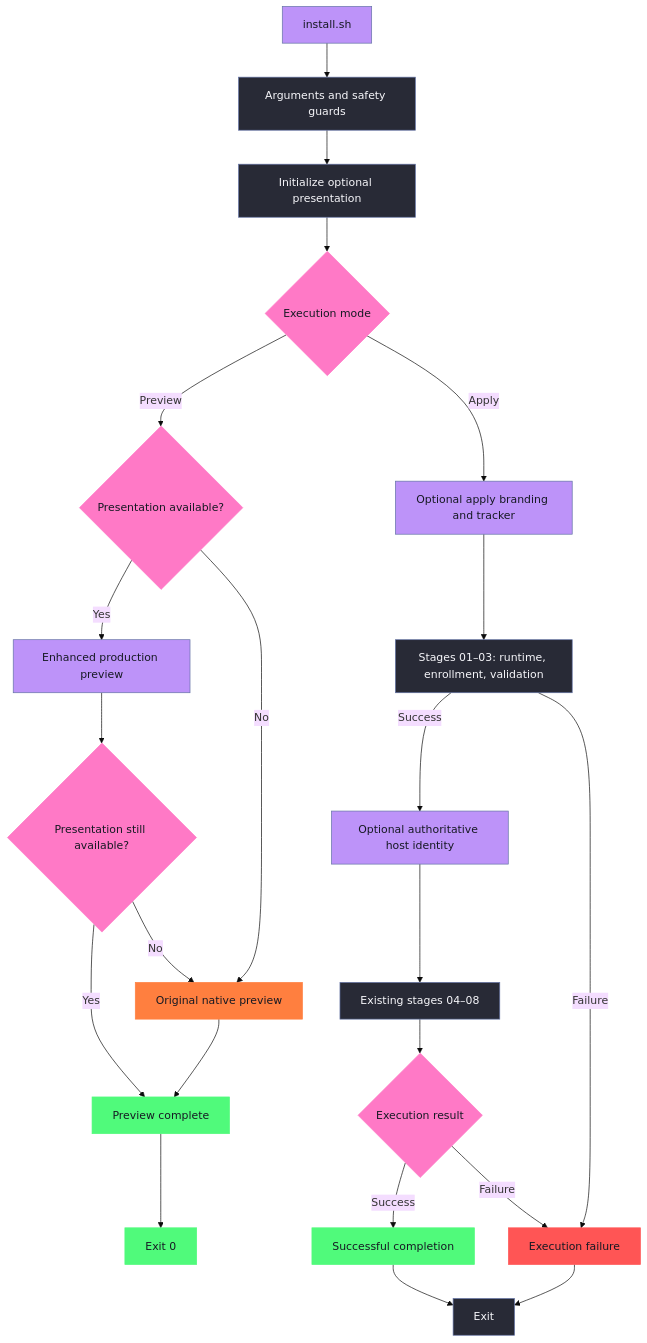
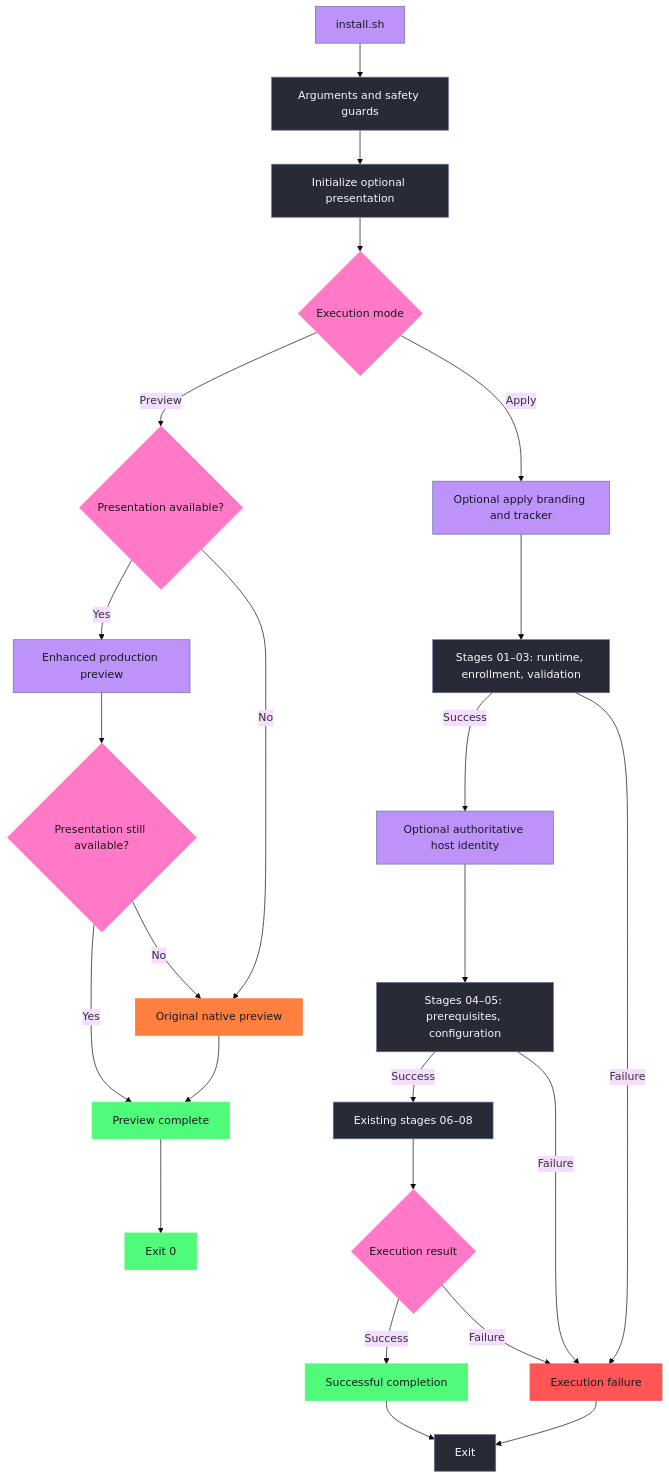
Before and after one commit to calico88x/novalabs-dotfiles: the second of 2 diagrams in README.md, drawn with Mermaid (base theme). The commit also changed other lines of this file and 3 other files, not shown here.

Commit message:
feat(bootstrap): integrate native prerequisites and configuration tracking

````diff
--- a/README.md
+++ b/README.md
@@ -431,38 +432,40 @@
 ```mermaid
 flowchart TD
     A["install.sh"] --> B["Arguments and safety guards"]
     B --> C["Initialize optional presentation"]
     C --> D{"Execution mode"}
     D -->|Preview| E{"Presentation available?"}
     E -->|Yes| F["Enhanced production preview"]
     E -->|No| G["Original native preview"]
     F --> H{"Presentation still available?"}
     H -->|Yes| I["Preview complete"]
     H -->|No| G
     G --> I
     D -->|Apply| P["Optional apply branding and tracker"]
     P --> Q["Stages 01–03: runtime, enrollment, validation"]
     Q -->|Success| R["Optional authoritative host identity"]
-    R --> J["Existing stages 04–08"]
+    R --> S["Stages 04–05: prerequisites, configuration"]
+    S -->|Success| J["Existing stages 06–08"]
+    S -->|Failure| M
     Q -->|Failure| M
     J --> K{"Execution result"}
     K -->|Success| L["Successful completion"]
     K -->|Failure| M["Execution failure"]
     I --> N["Exit 0"]
     L --> O["Exit"]
     M --> O
 
     classDef brand fill:#BD93F9,stroke:#6272A4,color:#161923
     classDef success fill:#50FA7B,stroke:#50FA7B,color:#161923
     classDef failure fill:#FF5555,stroke:#FF5555,color:#161923
     classDef decision fill:#FF79C6,stroke:#FF79C6,color:#161923
     classDef process fill:#282A36,stroke:#6272A4,color:#F7F7FB
     classDef fallback fill:#FF7F3F,stroke:#FF7F3F,color:#161923
 
     class A,F,P,R brand
     class I,L,N success
     class M failure
     class D,E,H,K decision
-    class B,C,J,O,Q process
+    class B,C,J,O,Q,S process
     class G fallback
 ```
````
